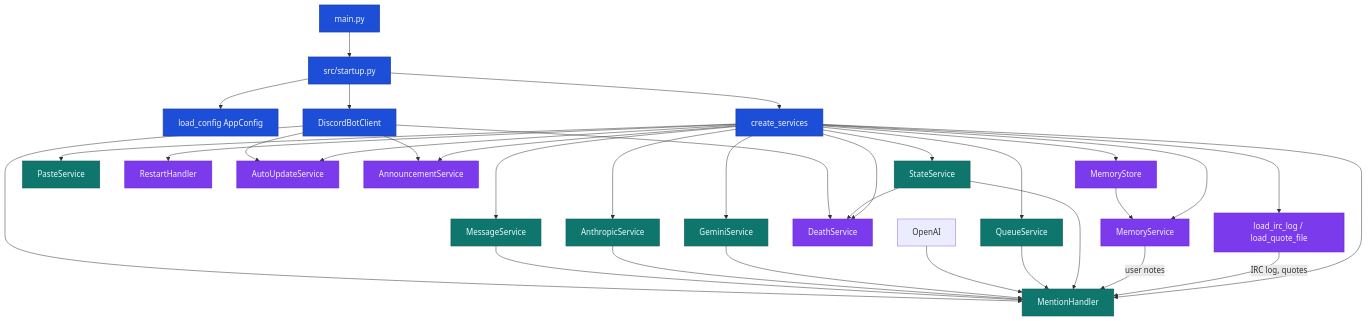
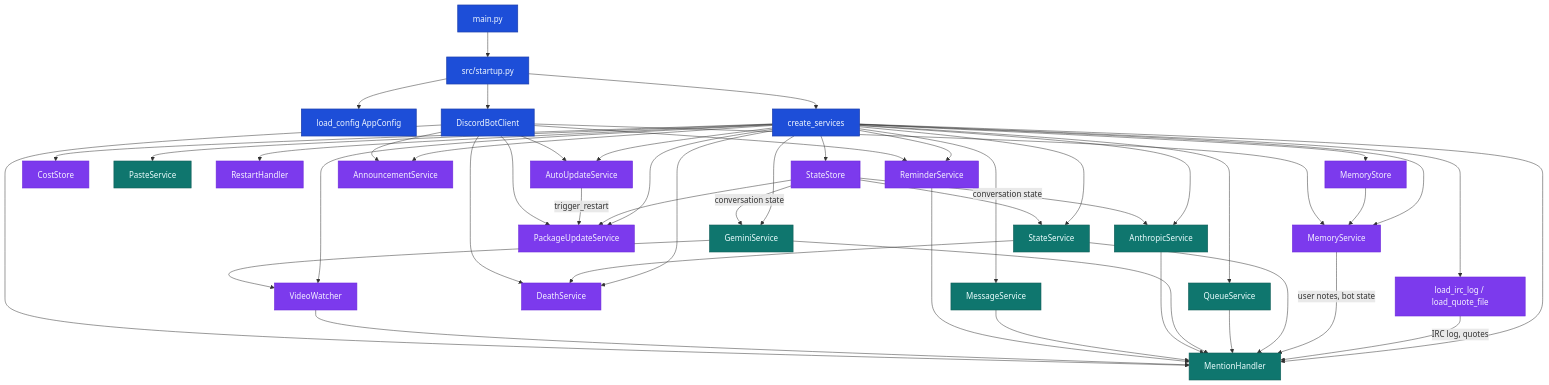
One commit to jobeus/cmwgpt changed the second of 5 diagrams in docs/architecture.md. Above: the diagram before and after it, drawn with Mermaid. The commit also changed other lines of this file and 80 other files, not shown here.

````diff
--- a/docs/architecture.md
+++ b/docs/architecture.md
@@ -95,49 +95,57 @@
 ```mermaid
 flowchart TB
     classDef core fill:#1d4ed8,color:#eff6ff,stroke:#1e40af,stroke-width:1.5px;
     classDef svc fill:#0f766e,color:#ecfeff,stroke:#115e59,stroke-width:1.2px;
     classDef aux fill:#7c3aed,color:#f5f3ff,stroke:#6d28d9,stroke-width:1.2px;
 
     Main[main.py]:::core --> Startup[src/startup.py]:::core
     Startup --> Config[load_config AppConfig]:::core
     Startup --> Factory[create_services]:::core
+    Factory --> StateStore[StateStore]:::aux
+    Factory --> Cost[CostStore]:::aux
     Factory --> State[StateService]:::svc
     Factory --> Queue[QueueService]:::svc
     Factory --> Gemini[GeminiService]:::svc
     Factory --> Anthropic[AnthropicService]:::svc
     Factory --> Paste[PasteService]:::svc
     Factory --> Message[MessageService]:::svc
     Factory --> Restart[RestartHandler]:::aux
     Factory --> AutoUpdate[AutoUpdateService]:::aux
+    Factory --> PackageUpdate[PackageUpdateService]:::aux
     Factory --> Announce[AnnouncementService]:::aux
-
     Factory --> Death[DeathService]:::aux
     Factory --> MemStore[MemoryStore]:::aux
     Factory --> Memory[MemoryService]:::aux
+    Factory --> Reminders[ReminderService]:::aux
+    Factory --> Video[VideoWatcher]:::aux
     Factory --> Mention[MentionHandler]:::svc
     Factory --> IrcLog[load_irc_log / load_quote_file]:::aux
     IrcLog -->|IRC log, quotes| Mention
 
+    StateStore --> State
+    StateStore -->|conversation state| Gemini
+    StateStore -->|conversation state| Anthropic
+    StateStore --> PackageUpdate
+    AutoUpdate -->|trigger_restart| PackageUpdate
     MemStore --> Memory
-    Memory -->|user notes| Mention
-
+    Memory -->|user notes, bot state| Mention
+    Gemini --> Video
 
     State --> Death
     State --> Mention
     Queue --> Mention
-
-    OpenAI --> Mention
-
     Gemini --> Mention
-
     Anthropic --> Mention
-
     Message --> Mention
+    Reminders --> Mention
+    Video --> Mention
 
     Startup --> Client[DiscordBotClient]:::core
     Client --> Mention
     Client --> AutoUpdate
+    Client --> PackageUpdate
     Client --> Announce
-
     Client --> Death
+    Client --> Memory
+    Client --> Reminders
 ```
````
